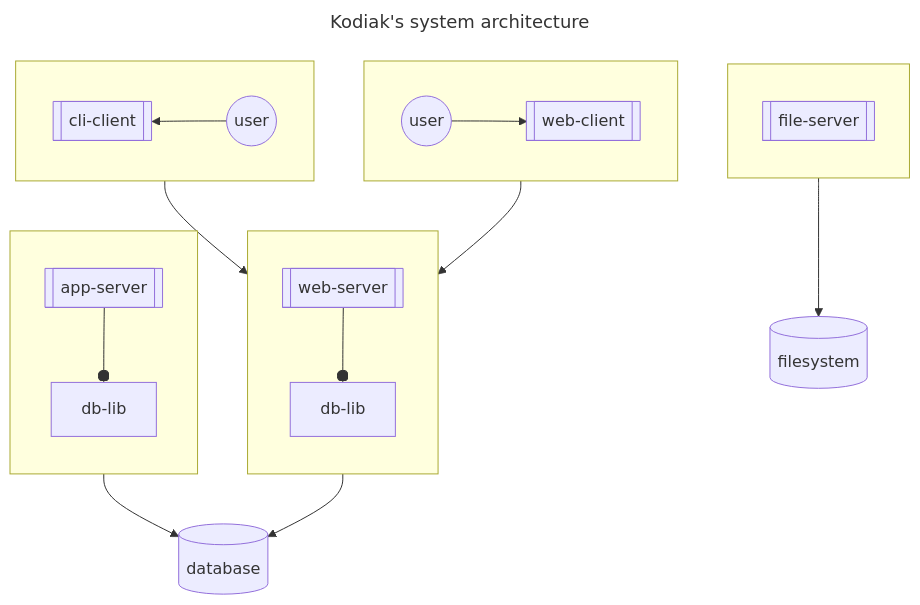
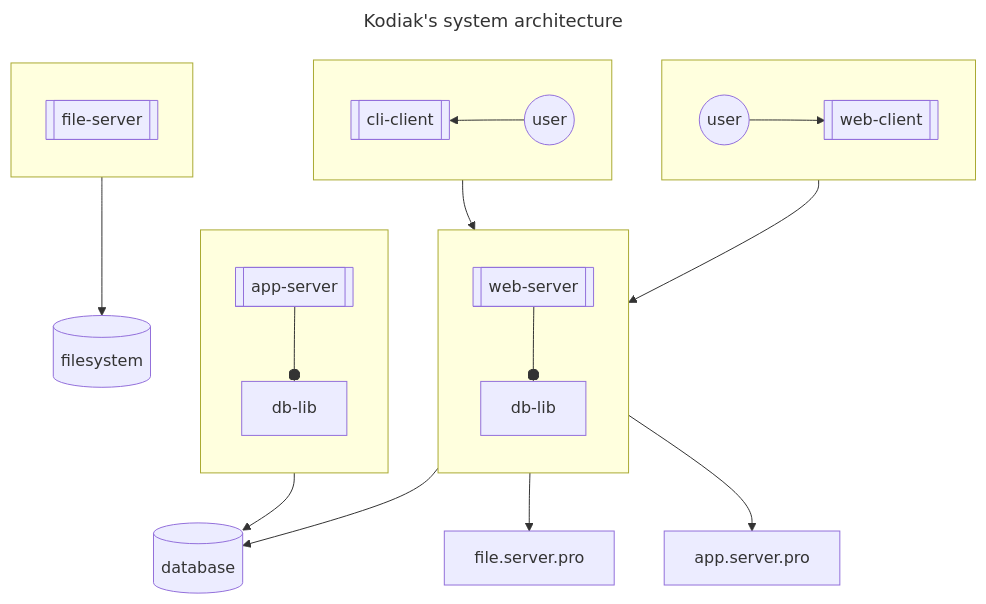
The first of 2 diagrams in SYSTEM-ARCHITECTURE.md (polarlabs/kodiak-diagrams), drawn with Mermaid before and after one commit.

Commit message:
fix: rearrange boxes.

````diff
--- a/SYSTEM-ARCHITECTURE.md
+++ b/SYSTEM-ARCHITECTURE.md
@@ -5,32 +5,35 @@
 ```mermaid
 ---
 title: Kodiak's system architecture
 ---
 flowchart TB
   direction TB
   subgraph user-web[ ]
     direction LR
     web-user((user)) --> web-client[[web-client]]
   end
   subgraph user-cli[ ]
     direction RL
     cli-user((user)) --> cli-client[[cli-client]]
   end
   subgraph file-server[ ]
     direction TB
     file-server.pro[[file-server]]
   end
   subgraph web-server[ ]
     direction TB
     web-server.pro[[web-server]] --o web-server.db-lib[db-lib]
   end
   subgraph app-server[ ]
     direction TB
     app-server.pro[[app-server]] --o app-server.db-lib[db-lib]
   end
   web-client --> web-server.pro
   cli-client --> web-server.pro
+  web-server.pro --> file.server.pro
+  web-server.pro --> app.server.pro
   file-server --> filesystem[(filesystem)]
   web-server --> database[(database)]
   app-server --> database[(database)]
+  filesystem ~~~ database
 ```
````
